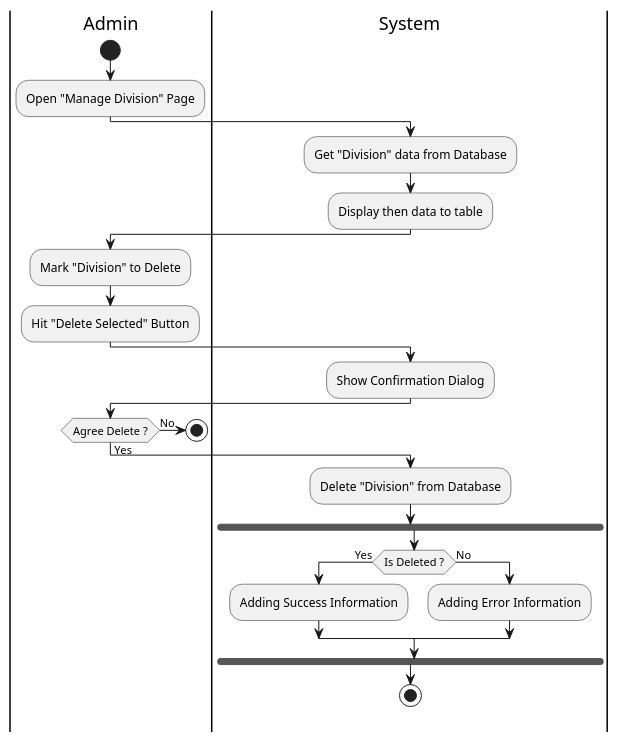
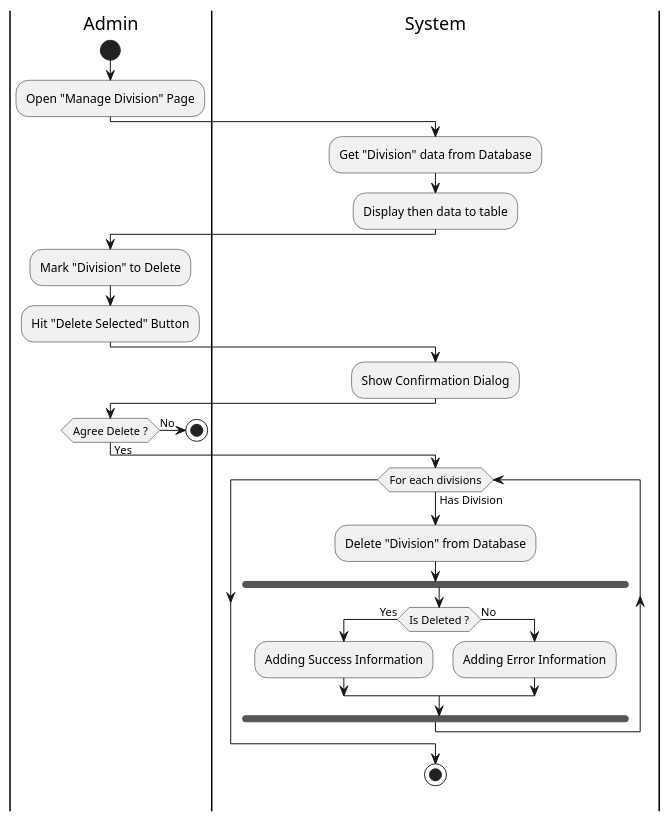
Before and after one commit to fwidjaya20/fazzlearning-uml: the diagram in Activity/Release01/DeleteDivision.wsd, drawn with PlantUML. The commit also changed 7 other files, not shown here.

Commit message:
activity: update delete class and event flow

```diff
--- a/Activity/Release01/DeleteDivision.wsd
+++ b/Activity/Release01/DeleteDivision.wsd
@@ -1,38 +1,40 @@
 @startuml DeleteDivision
 
 skinparam ConditionEndStyle hline
 skinparam Monochrome true
 skinparam Shadowing false
 
 |Admin|
 start
 :Open "Manage Division" Page;
 
 |System|
 :Get "Division" data from Database;
 :Display then data to table;
 
 |Admin|
 :Mark "Division" to Delete;
 :Hit "Delete Selected" Button;
 
 |System|
 :Show Confirmation Dialog;
 
 |Admin|
 if (Agree Delete ?) then (No)
     stop
 else (Yes)
     |System|
-    :Delete "Division" from Database;
-    fork
-        |System|
-        if (Is Deleted ?) then (Yes)
-            :Adding Success Information;
-        else (No)
-            :Adding Error Information;
-        endif
-    endfork
+    while(For each divisions) is (Has Division)
+        :Delete "Division" from Database;
+        fork
+            |System|
+            if (Is Deleted ?) then (Yes)
+                :Adding Success Information;
+            else (No)
+                :Adding Error Information;
+            endif
+        endfork
+    endwhile
     stop
 endif
 @enduml
```
